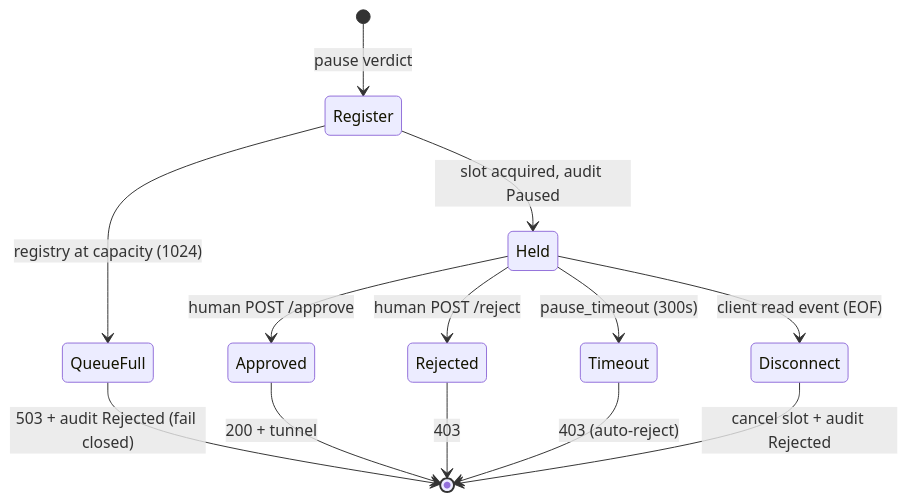
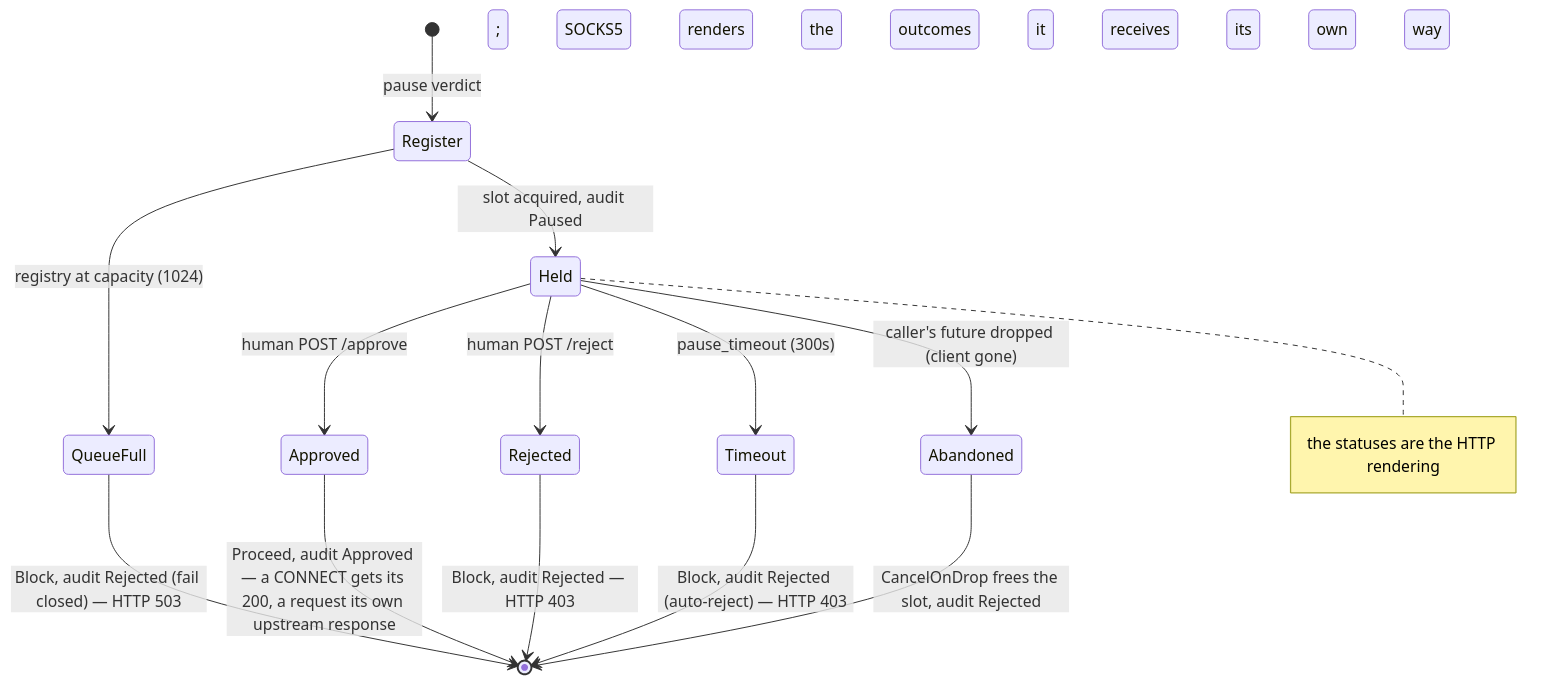
Before and after one commit to pleaseai/honmoon: the second of 3 diagrams in wiki/deep-dive/egress-gateway.md, drawn with Mermaid. The commit also changed other lines of this file and 3 other files, not shown here.

````diff
--- a/wiki/deep-dive/egress-gateway.md
+++ b/wiki/deep-dive/egress-gateway.md
@@ -126,15 +293,16 @@
 ```mermaid
 stateDiagram-v2
   [*] --> Register: pause verdict
   Register --> QueueFull: registry at capacity (1024)
   Register --> Held: slot acquired, audit Paused
-  QueueFull --> [*]: 503 + audit Rejected (fail closed)
+  QueueFull --> [*]: Block, audit Rejected (fail closed) — HTTP 503
   Held --> Approved: human POST /approve
   Held --> Rejected: human POST /reject
   Held --> Timeout: pause_timeout (300s)
-  Held --> Disconnect: client read event (EOF)
-  Approved --> [*]: 200 + tunnel
-  Rejected --> [*]: 403
-  Timeout --> [*]: 403 (auto-reject)
-  Disconnect --> [*]: cancel slot + audit Rejected
+  Held --> Abandoned: caller's future dropped (client gone)
+  Approved --> [*]: Proceed, audit Approved — a CONNECT gets its 200, a request its own upstream response
+  Rejected --> [*]: Block, audit Rejected — HTTP 403
+  Timeout --> [*]: Block, audit Rejected (auto-reject) — HTTP 403
+  Abandoned --> [*]: CancelOnDrop frees the slot, audit Rejected
+  note right of Held: the statuses are the HTTP rendering; SOCKS5 renders the outcomes it receives its own way
 ```
````
